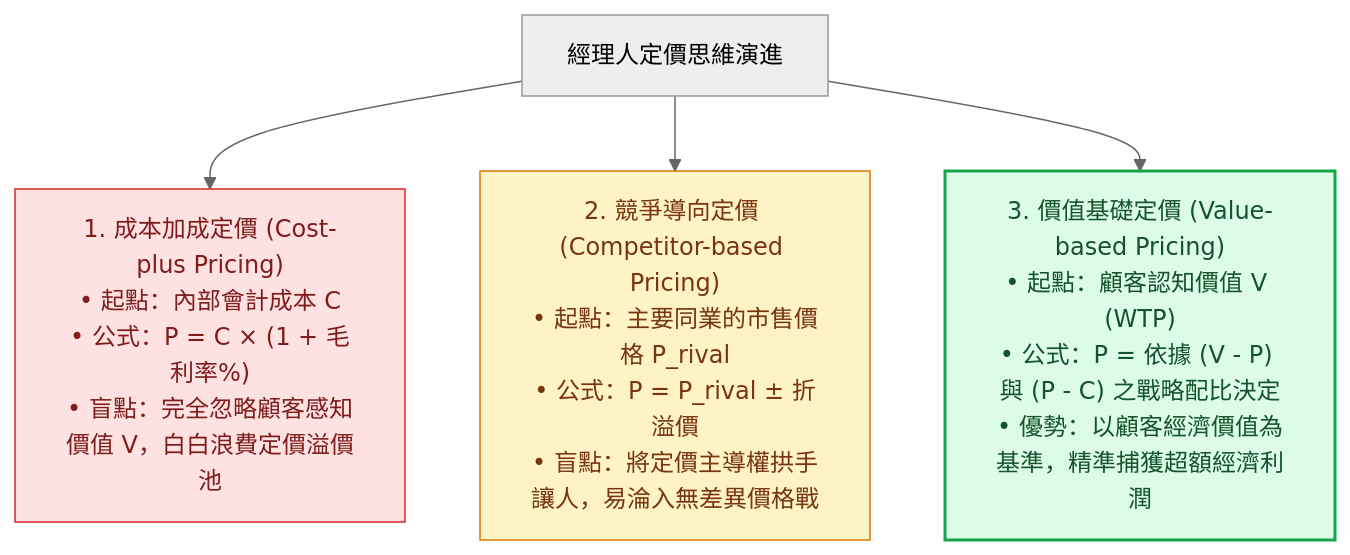
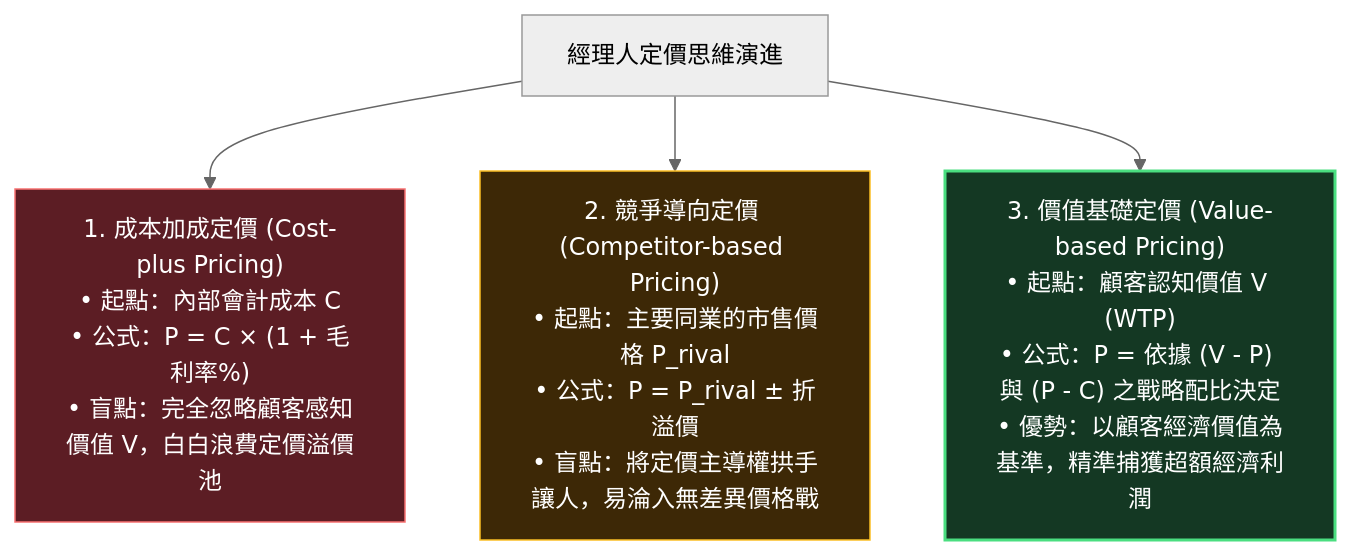
The third of 5 diagrams in src/site/notes/98_商業概念庫/vpc-value-price-cost_價值價格成本分析.md (Jimlin0428/my-digital-garden), drawn with Mermaid (neutral theme) before and after one commit. The commit also changed other lines of this file and 58 other files, not shown here.

````diff
--- a/src/site/notes/98_商業概念庫/vpc-value-price-cost_價值價格成本分析.md
+++ b/src/site/notes/98_商業概念庫/vpc-value-price-cost_價值價格成本分析.md
@@ -153,16 +153,16 @@
 ```mermaid
 flowchart TD
     P_Method["經理人定價思維演進"]
     
     M1["1. 成本加成定價 (Cost-plus Pricing)<br>• 起點：內部會計成本 C<br>• 公式：P = C × (1 + 毛利率%)<br>• 盲點：完全忽略顧客感知價值 V，白白浪費定價溢價池"]
     M2["2. 競爭導向定價 (Competitor-based Pricing)<br>• 起點：主要同業的市售價格 P_rival<br>• 公式：P = P_rival ± 折溢價<br>• 盲點：將定價主導權拱手讓人，易淪入無差異價格戰"]
     M3["3. 價值基礎定價 (Value-based Pricing)<br>• 起點：顧客認知價值 V (WTP)<br>• 公式：P = 依據 (V - P) 與 (P - C) 之戰略配比決定<br>• 優勢：以顧客經濟價值為基準，精準捕獲超額經濟利潤"]
 
     P_Method --> M1
     P_Method --> M2
     P_Method --> M3
 
-    style M3 fill:#dcfce7,stroke:#16a34a,stroke-width:2px,color:#14532d
-    style M1 fill:#fee2e2,stroke:#dc2626,stroke-width:1px,color:#7f1d1d
-    style M2 fill:#fef3c7,stroke:#d97706,stroke-width:1px,color:#78350f
+    style M3 fill:#143823,stroke:#4ade80,stroke-width:2px,color:#ffffff
+    style M1 fill:#5c1d24,stroke:#f87171,stroke-width:1px,color:#ffffff
+    style M2 fill:#3d2806,stroke:#fbbf24,stroke-width:1px,color:#ffffff
 ```
````
